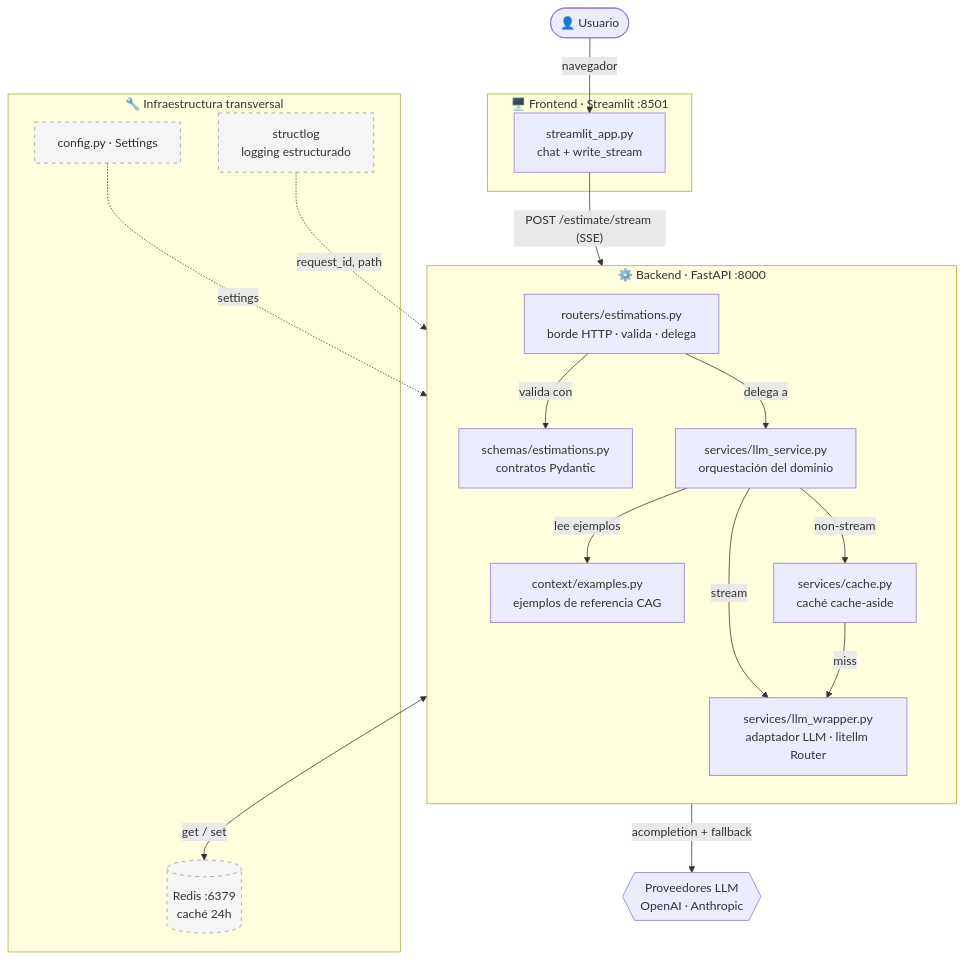
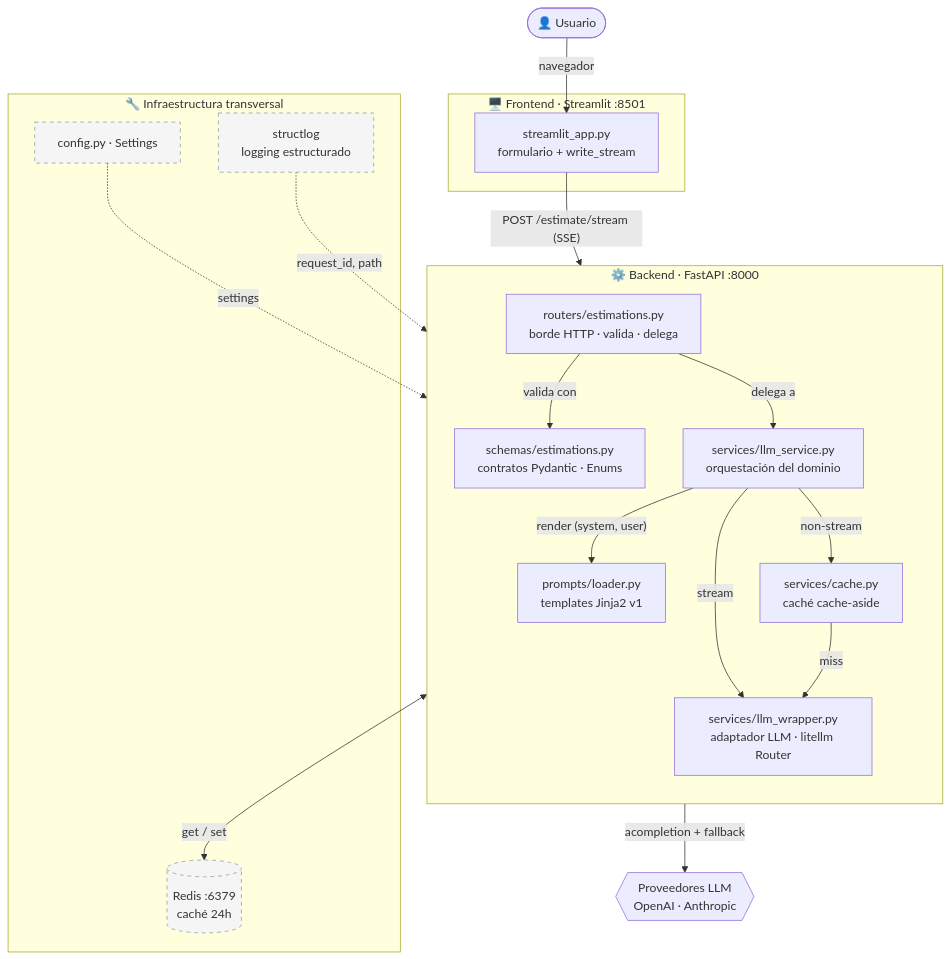
One commit to salvalcaraz080/LIDR-RAG-master changed the first of 11 diagrams in ARCHITECTURE.md. Above: the diagram before and after it, drawn with Mermaid. The commit also changed other lines of this file and 2 other files, not shown here.

First line of the commit message:
docs: actualizar referencias al nuevo contrato y a la capa de prompts

````diff
--- a/ARCHITECTURE.md
+++ b/ARCHITECTURE.md
@@ -44,43 +45,43 @@
 ```mermaid
 flowchart TB
     user([👤 Usuario])
 
     subgraph frontend["🖥️ Frontend · Streamlit :8501"]
-        ui[streamlit_app.py<br/>chat + write_stream]
+        ui[streamlit_app.py<br/>formulario + write_stream]
     end
 
     subgraph backend["⚙️ Backend · FastAPI :8000"]
         direction TB
         router["routers/estimations.py<br/>borde HTTP · valida · delega"]
-        schema["schemas/estimations.py<br/>contratos Pydantic"]
+        schema["schemas/estimations.py<br/>contratos Pydantic · Enums"]
         service["services/llm_service.py<br/>orquestación del dominio"]
+        prompts["prompts/loader.py<br/>templates Jinja2 v1"]
         cache["services/cache.py<br/>caché cache-aside"]
         wrapper["services/llm_wrapper.py<br/>adaptador LLM · litellm Router"]
-        context["context/examples.py<br/>ejemplos de referencia CAG"]
     end
 
     subgraph infra["🔧 Infraestructura transversal"]
         redis[("Redis :6379<br/>caché 24h")]
         logging["structlog<br/>logging estructurado"]
         config["config.py · Settings"]
     end
 
     providers{{"Proveedores LLM<br/>OpenAI · Anthropic"}}
 
     user -->|"navegador"| ui
     ui -->|"POST /estimate/stream (SSE)"| router
     router -->|"valida con"| schema
     router -->|"delega a"| service
-    service -->|"lee ejemplos"| context
+    service -->|"render (system, user)"| prompts
     service -->|"non-stream"| cache
     service -->|"stream"| wrapper
     cache <-->|"get / set"| redis
     cache -->|"miss"| wrapper
     wrapper -->|"acompletion + fallback"| providers
 
     config -.->|"settings"| backend
     logging -.->|"request_id, path"| backend
 
     classDef infraStyle fill:#f5f5f5,stroke:#999,stroke-dasharray:5
     class redis,logging,config infraStyle
 ```
````
